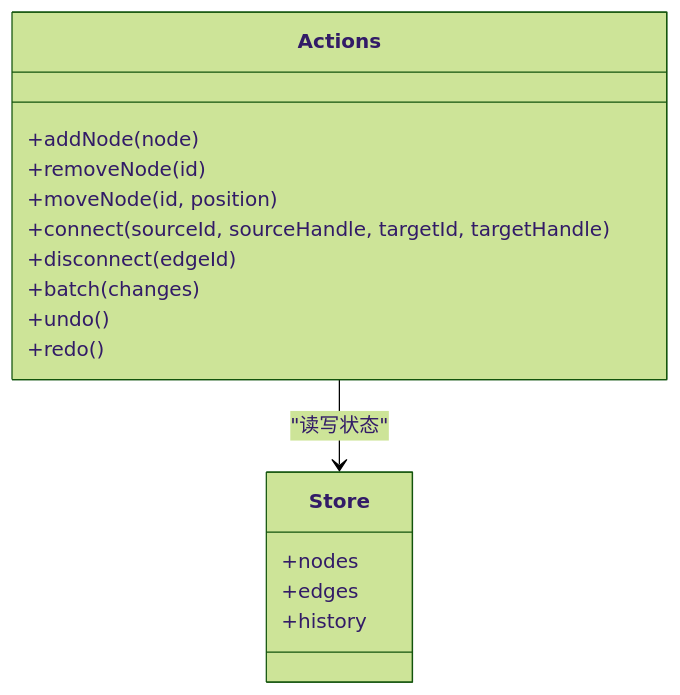
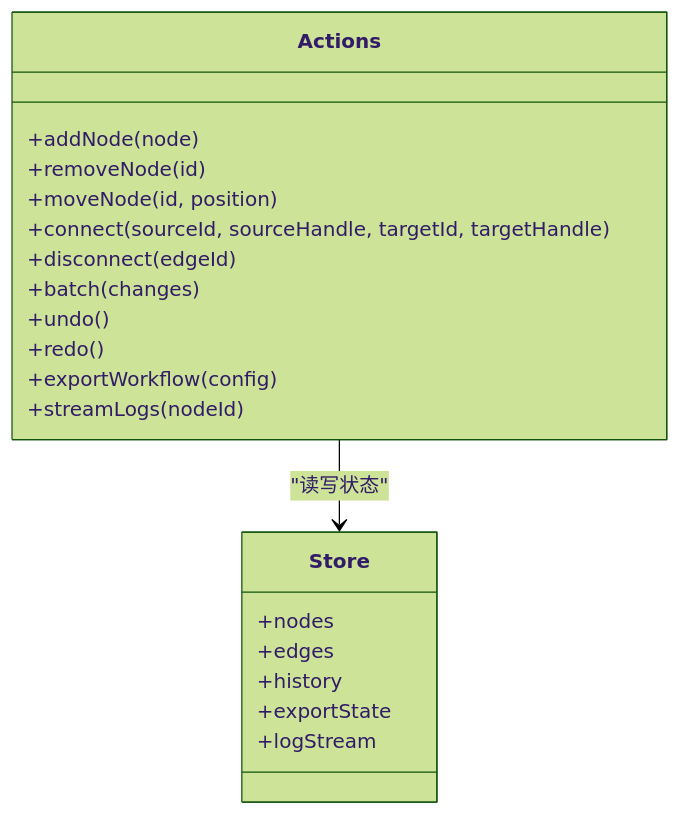
Before and after one commit to AIMFllyYS/code-video-canvas: the third of 6 diagrams in .qoder/repowiki/zh/content/核心功能模块/画布编辑器/画布编辑器.md, drawn with Mermaid (forest theme). The commit also changed other lines of this file and 47 other files, not shown here.

````diff
--- a/.qoder/repowiki/zh/content/核心功能模块/画布编辑器/画布编辑器.md
+++ b/.qoder/repowiki/zh/content/核心功能模块/画布编辑器/画布编辑器.md
@@ -201,19 +234,23 @@
 ```mermaid
 classDiagram
 class Actions {
 +addNode(node)
 +removeNode(id)
 +moveNode(id, position)
 +connect(sourceId, sourceHandle, targetId, targetHandle)
 +disconnect(edgeId)
 +batch(changes)
 +undo()
 +redo()
++exportWorkflow(config)
++streamLogs(nodeId)
 }
 class Store {
 +nodes
 +edges
 +history
++exportState
++logStream
 }
 Actions --> Store : "读写状态"
 ```
````
